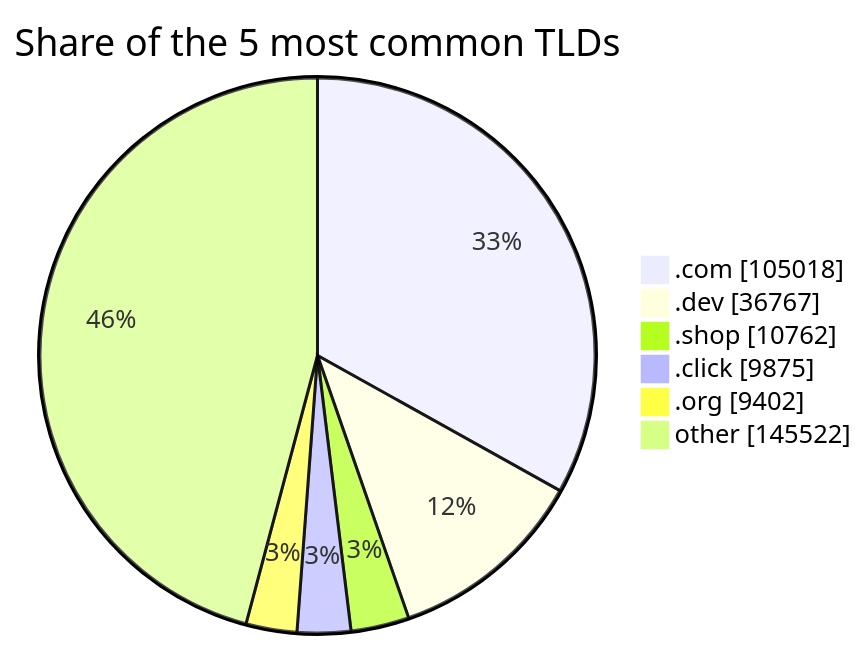
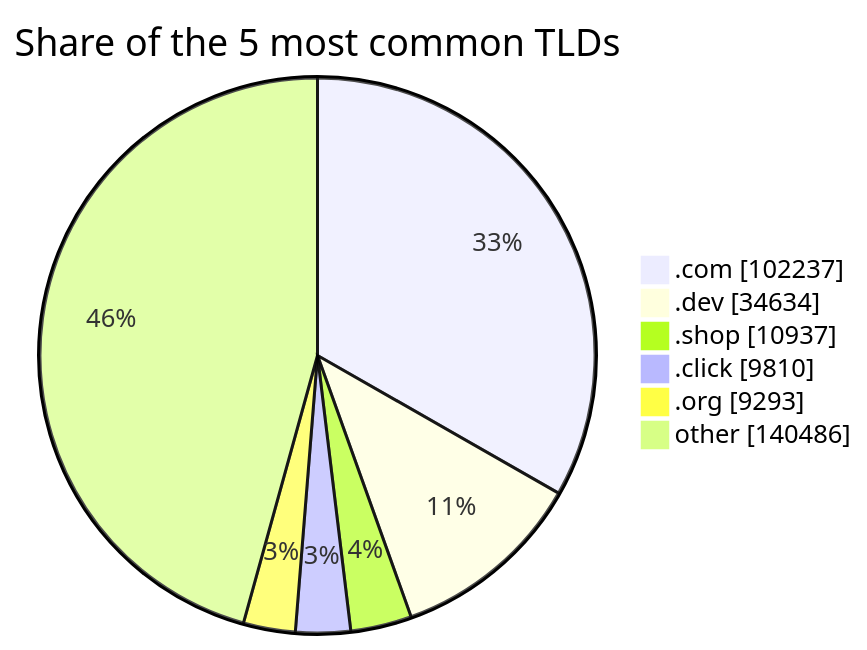
The third of 3 diagrams in README.md (DNSBunker/CTI), drawn with Mermaid before and after one commit. The commit also changed other lines of this file and 3 other files, not shown here.

````diff
--- a/README.md
+++ b/README.md
@@ -81,9 +81,9 @@
 ```mermaid
 pie showData title Share of the 5 most common TLDs
-    ".com" : 105018
-    ".dev" : 36767
-    ".shop" : 10762
-    ".click" : 9875
-    ".org" : 9402
-    "other" : 145522
+    ".com" : 102237
+    ".dev" : 34634
+    ".shop" : 10937
+    ".click" : 9810
+    ".org" : 9293
+    "other" : 140486
 ```
````
